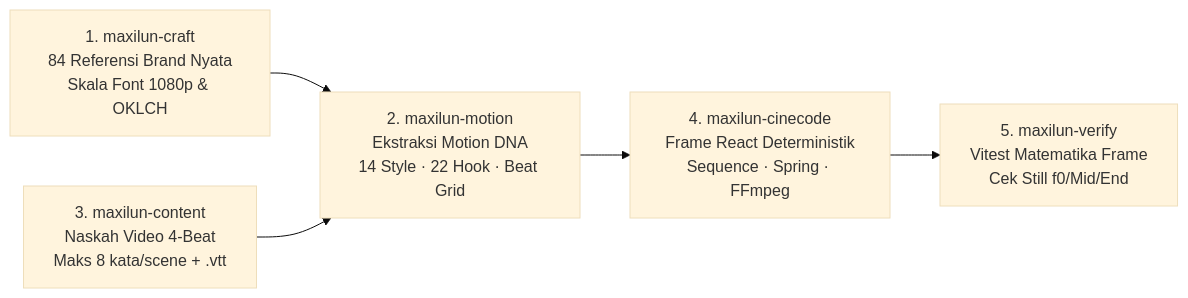
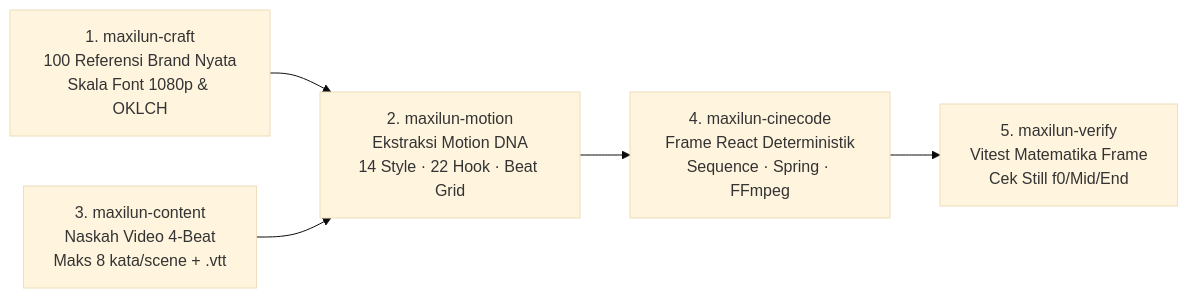
The second of 2 diagrams in README.id.md (giriedu/maxilun), drawn with Mermaid (base theme) before and after one commit. The commit also changed other lines of this file and 66 other files, not shown here.

````diff
--- a/README.id.md
+++ b/README.id.md
@@ -82,7 +82,7 @@
 ```mermaid
 flowchart LR
-    Craft["1. maxilun-craft<br/>84 Referensi Brand Nyata<br/>Skala Font 1080p & OKLCH"] --> Motion["2. maxilun-motion<br/>Ekstraksi Motion DNA<br/>14 Style · 22 Hook · Beat Grid"]
+    Craft["1. maxilun-craft<br/>100 Referensi Brand Nyata<br/>Skala Font 1080p & OKLCH"] --> Motion["2. maxilun-motion<br/>Ekstraksi Motion DNA<br/>14 Style · 22 Hook · Beat Grid"]
     Content["3. maxilun-content<br/>Naskah Video 4-Beat<br/>Maks 8 kata/scene + .vtt"] --> Motion
     Motion --> Cine["4. maxilun-cinecode<br/>Frame React Deterministik<br/>Sequence · Spring · FFmpeg"]
     Cine --> Verify["5. maxilun-verify<br/>Vitest Matematika Frame<br/>Cek Still f0/Mid/End"]
 ```
````
